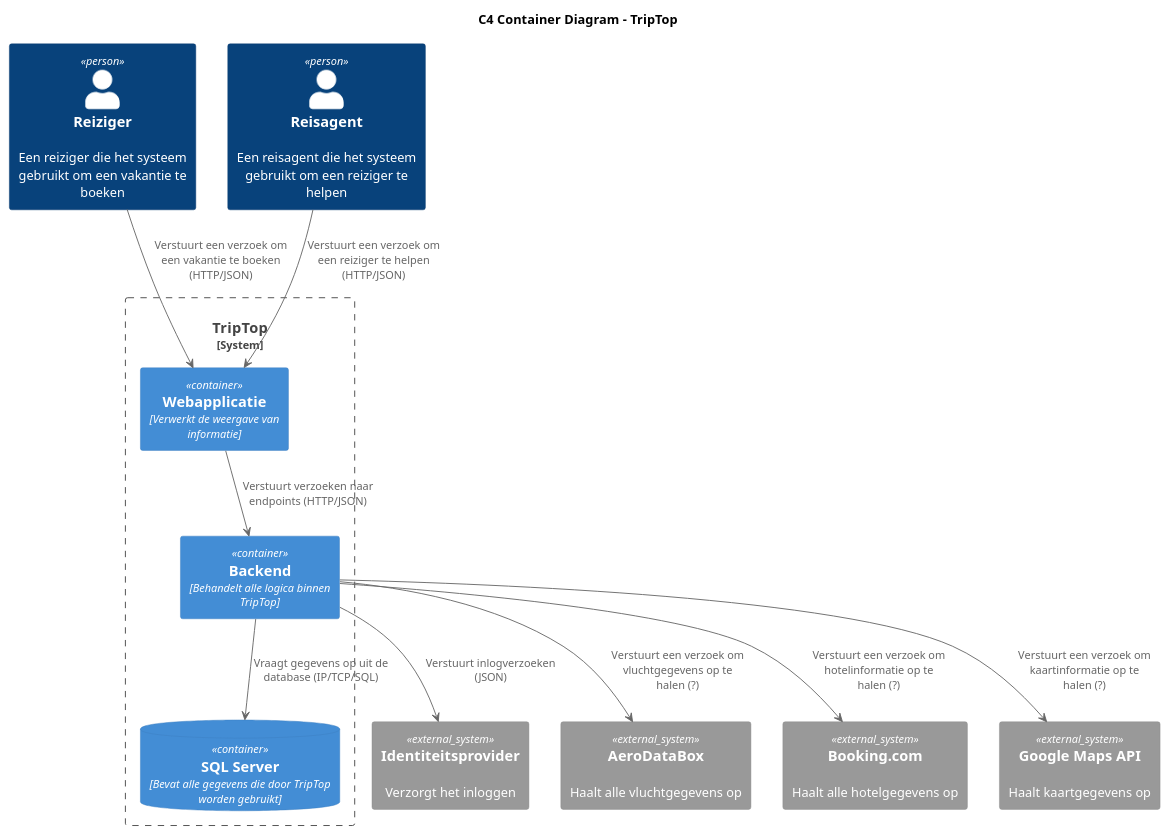
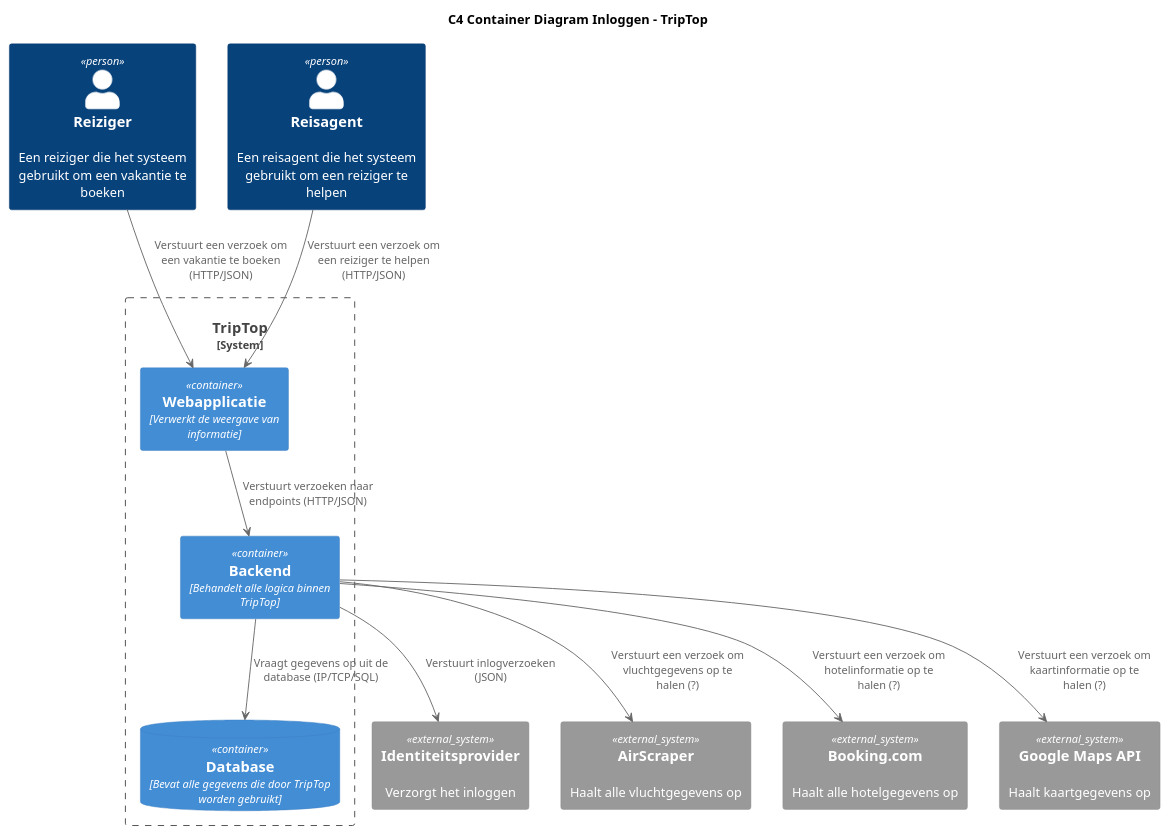
One commit to AIM-ENE-feb25/triptop-groep-b4 changed the diagram in C4_diagrammen/Container-diagram-TripTop.puml. Above: the diagram before and after it, drawn with PlantUML. The commit also changed 4 other files, not shown here.

First line of the commit message:
Dynamic diagram & SGB mapping model

```diff
--- a/C4_diagrammen/Container-diagram-TripTop.puml
+++ b/C4_diagrammen/Container-diagram-TripTop.puml
@@ -1,30 +1,30 @@
 @startuml
 
 !include https://raw.githubusercontent.com/plantuml-stdlib/C4-PlantUML/master/C4_Container.puml
 
-title C4 Container Diagram - TripTop
+title C4 Container Diagram Inloggen - TripTop
 
 Person(Reiziger, "Reiziger", "Een reiziger die het systeem gebruikt om een vakantie te boeken")
 Person(Reisagent, "Reisagent", "Een reisagent die het systeem gebruikt om een reiziger te helpen")
 
 System_Boundary(TripTop, "TripTop") {
     Container(Web_app, "Webapplicatie", "Verwerkt de weergave van informatie")
     Container(Backend, "Backend", "Behandelt alle logica binnen TripTop")
-    ContainerDb(SQLServer, "SQL Server", "Bevat alle gegevens die door TripTop worden gebruikt")
+    ContainerDb(Database, "Database", "Bevat alle gegevens die door TripTop worden gebruikt")
 }
 
 System_Ext(Identiteitsprovider, "Identiteitsprovider", "Verzorgt het inloggen")
-System_Ext(AeroDataBox, "AeroDataBox", "Haalt alle vluchtgegevens op")
+System_Ext(AirScraper, "AirScraper", "Haalt alle vluchtgegevens op")
 System_Ext(BookingCom, "Booking.com", "Haalt alle hotelgegevens op")
 System_Ext(GoogleMapsAPI, "Google Maps API", "Haalt kaartgegevens op")
 
-Backend --> SQLServer : "Vraagt gegevens op uit de database (IP/TCP/SQL)"
+Backend --> Database : "Vraagt gegevens op uit de database (IP/TCP/SQL)"
 Reiziger --> Web_app: "Verstuurt een verzoek om een vakantie te boeken (HTTP/JSON)"
 Reisagent --> Web_app: "Verstuurt een verzoek om een reiziger te helpen (HTTP/JSON)"
 Web_app --> Backend: "Verstuurt verzoeken naar endpoints (HTTP/JSON)"
 Backend --> Identiteitsprovider: "Verstuurt inlogverzoeken (JSON)"
-Backend --> AeroDataBox: "Verstuurt een verzoek om vluchtgegevens op te halen (?)"
+Backend --> AirScraper: "Verstuurt een verzoek om vluchtgegevens op te halen (?)"
 Backend --> BookingCom: "Verstuurt een verzoek om hotelinformatie op te halen (?)"
 Backend --> GoogleMapsAPI: "Verstuurt een verzoek om kaartinformatie op te halen (?)"
 
 @enduml
```
